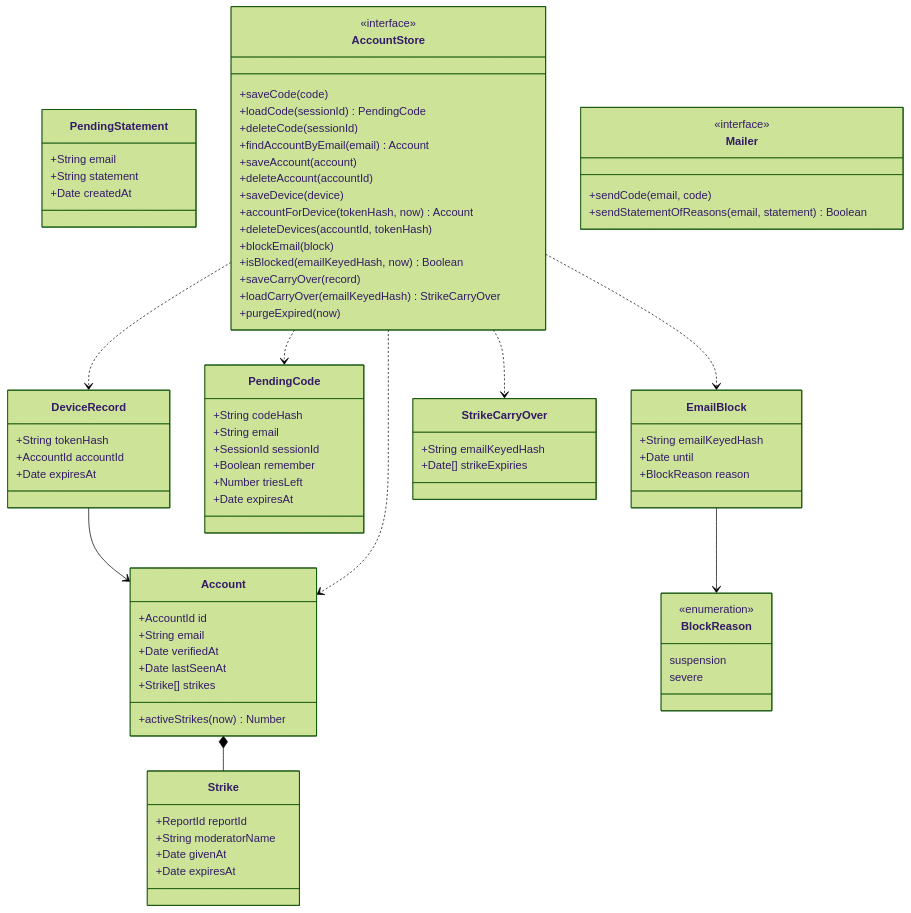
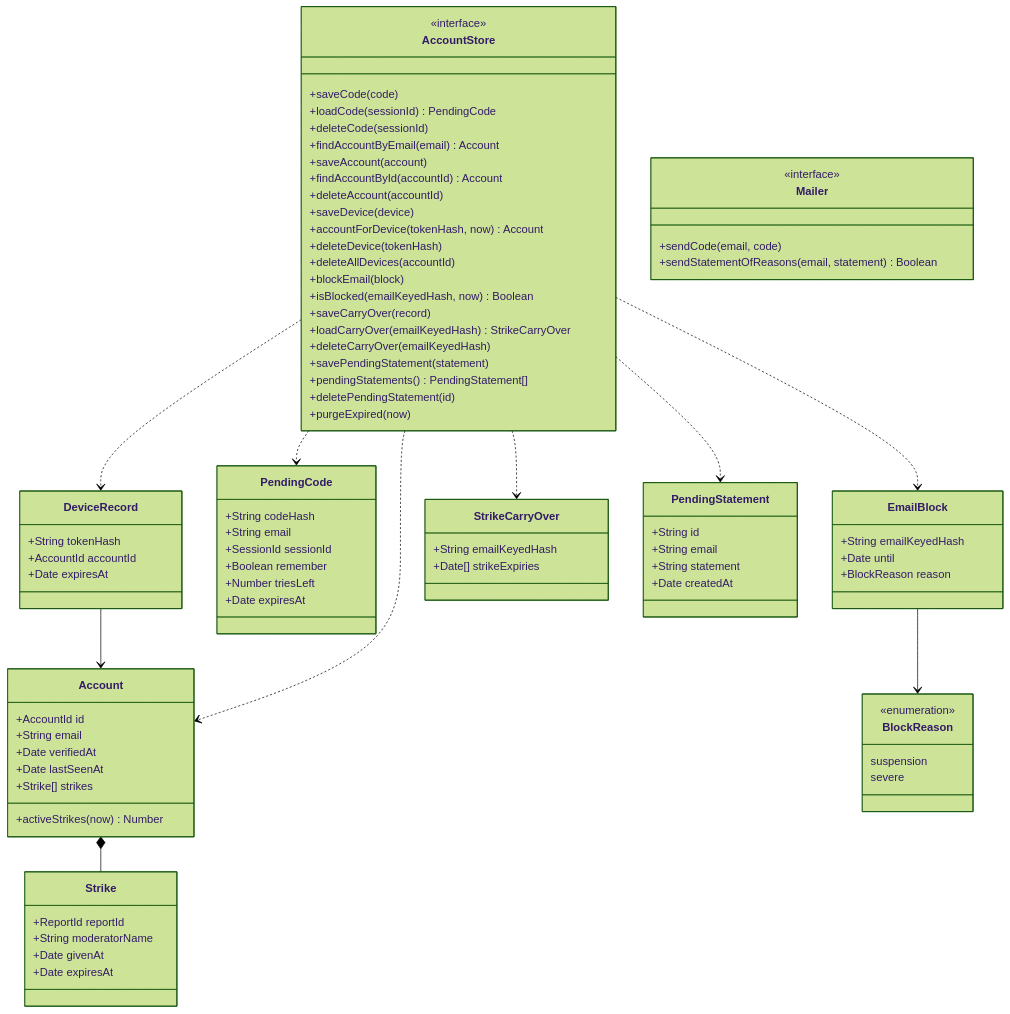
Before and after one commit to benoit-bremaud/asv: the diagram in docs/architecture/diagrams/accounts/04-class.md, drawn with Mermaid (forest theme). The commit also changed 32 other files, not shown here.

````diff
--- a/docs/architecture/diagrams/accounts/04-class.md
+++ b/docs/architecture/diagrams/accounts/04-class.md
@@ -55,6 +55,7 @@
     +Date[] strikeExpiries
   }
   class PendingStatement {
+    +String id
     +String email
     +String statement
     +Date createdAt
@@ -66,14 +67,20 @@
     +deleteCode(sessionId)
     +findAccountByEmail(email) Account
     +saveAccount(account)
+    +findAccountById(accountId) Account
     +deleteAccount(accountId)
     +saveDevice(device)
     +accountForDevice(tokenHash, now) Account
-    +deleteDevices(accountId, tokenHash)
+    +deleteDevice(tokenHash)
+    +deleteAllDevices(accountId)
     +blockEmail(block)
     +isBlocked(emailKeyedHash, now) Boolean
     +saveCarryOver(record)
     +loadCarryOver(emailKeyedHash) StrikeCarryOver
+    +deleteCarryOver(emailKeyedHash)
+    +savePendingStatement(statement)
+    +pendingStatements() PendingStatement[]
+    +deletePendingStatement(id)
     +purgeExpired(now)
   }
   class Mailer {
@@ -89,4 +96,5 @@
   AccountStore ..> PendingCode
   AccountStore ..> EmailBlock
   AccountStore ..> StrikeCarryOver
+  AccountStore ..> PendingStatement
 ```
````
